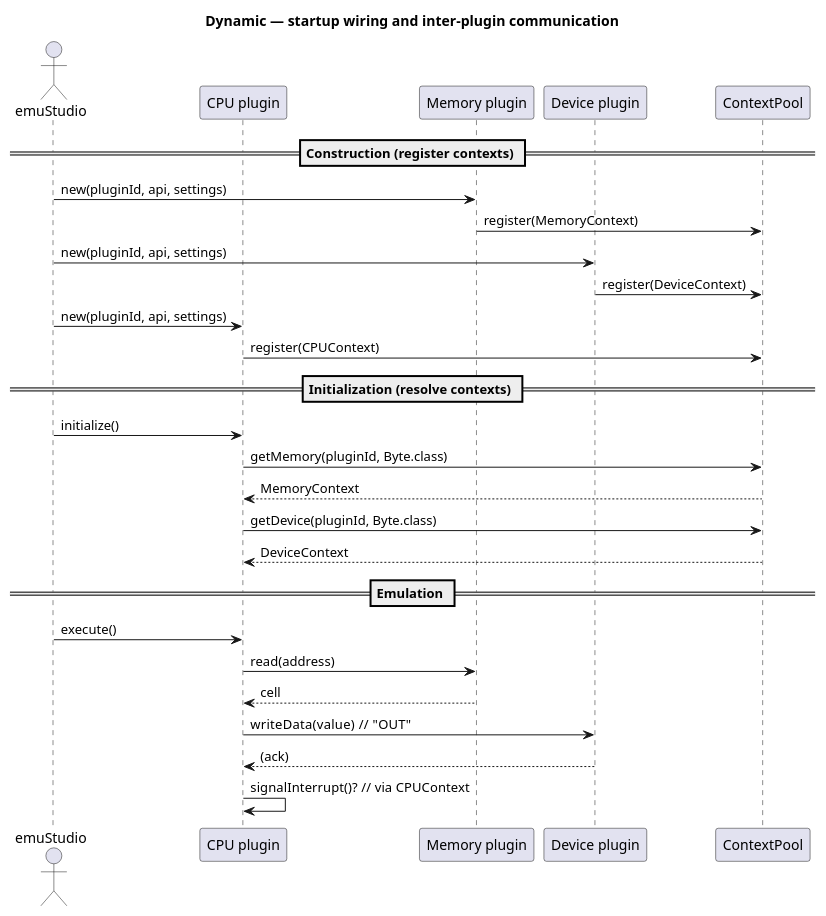
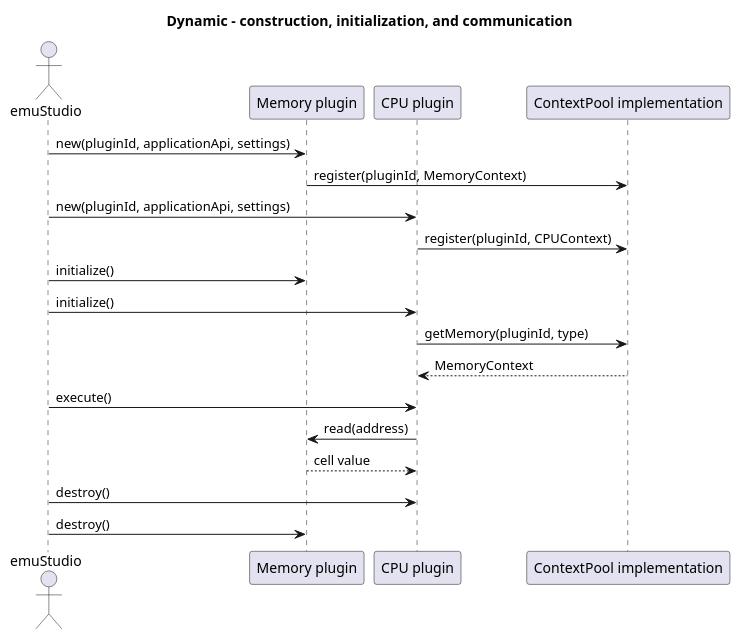
One commit to emustudio/emuLib changed the eighth of 8 diagrams in docs/architecture.adoc. Above: the diagram before and after it, drawn with PlantUML. The commit also changed other lines of this file and 329 other files, not shown here.

```diff
--- a/docs/architecture.adoc
+++ b/docs/architecture.adoc
@@ -406,35 +372,28 @@
 [plantuml,c4-l4-dynamic,svg]
 ....
 @startuml
-title Dynamic — startup wiring and inter-plugin communication
+title Dynamic - construction, initialization, and communication
 
-actor emuStudio
-participant "CPU plugin" as CPU
-participant "Memory plugin" as MEM
-participant "Device plugin" as DEV
-participant "ContextPool" as POOL
+actor "emuStudio" as app
+participant "Memory plugin" as memory
+participant "CPU plugin" as cpu
+participant "ContextPool implementation" as pool
 
-== Construction (register contexts) ==
-emuStudio -> MEM : new(pluginId, api, settings)
-MEM -> POOL : register(MemoryContext)
-emuStudio -> DEV : new(pluginId, api, settings)
-DEV -> POOL : register(DeviceContext)
-emuStudio -> CPU : new(pluginId, api, settings)
-CPU -> POOL : register(CPUContext)
+app -> memory : new(pluginId, applicationApi, settings)
+memory -> pool : register(pluginId, MemoryContext)
+app -> cpu : new(pluginId, applicationApi, settings)
+cpu -> pool : register(pluginId, CPUContext)
 
-== Initialization (resolve contexts) ==
-emuStudio -> CPU : initialize()
-CPU -> POOL : getMemory(pluginId, Byte.class)
-POOL --> CPU : MemoryContext
-CPU -> POOL : getDevice(pluginId, Byte.class)
-POOL --> CPU : DeviceContext
+app -> memory : initialize()
+app -> cpu : initialize()
+cpu -> pool : getMemory(pluginId, type)
+pool --> cpu : MemoryContext
 
-== Emulation ==
-emuStudio -> CPU : execute()
-CPU -> MEM : read(address)
-MEM --> CPU : cell
-CPU -> DEV : writeData(value)   // "OUT"
-DEV --> CPU : (ack)
-CPU -> CPU : signalInterrupt()?  // via CPUContext
+app -> cpu : execute()
+cpu -> memory : read(address)
+memory --> cpu : cell value
+
+app -> cpu : destroy()
+app -> memory : destroy()
 @enduml
 ....
```
